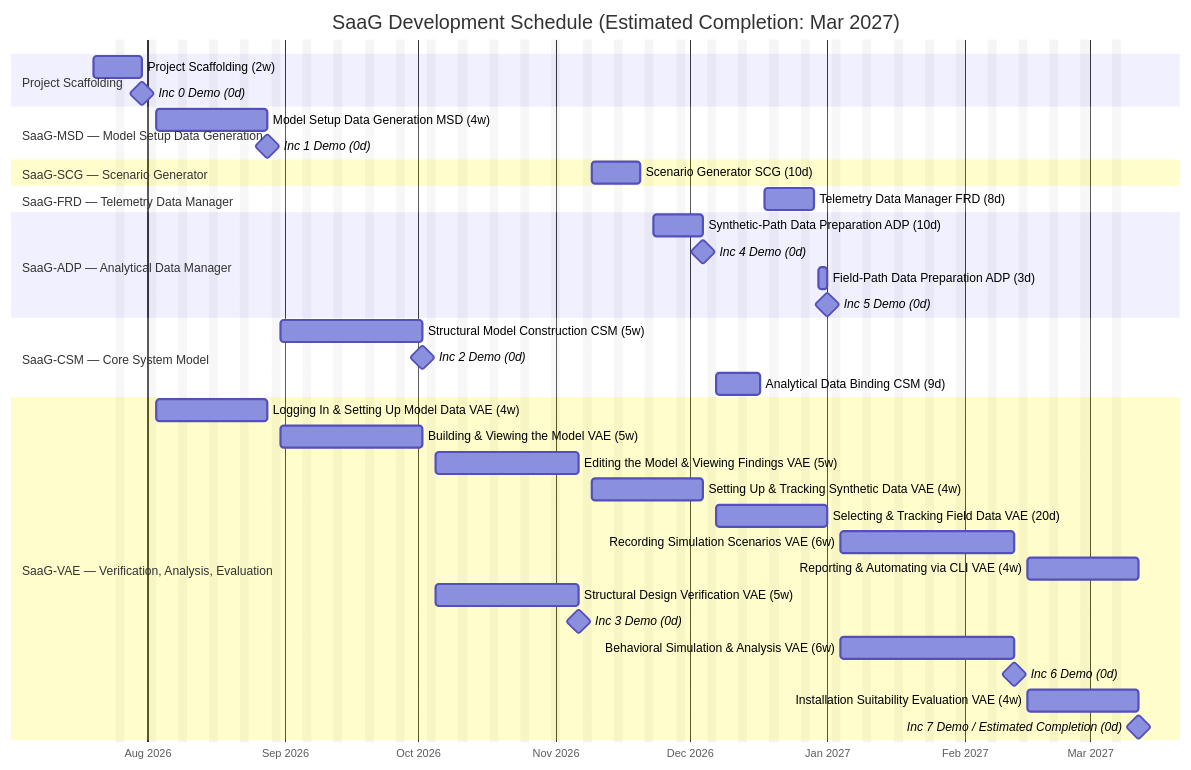
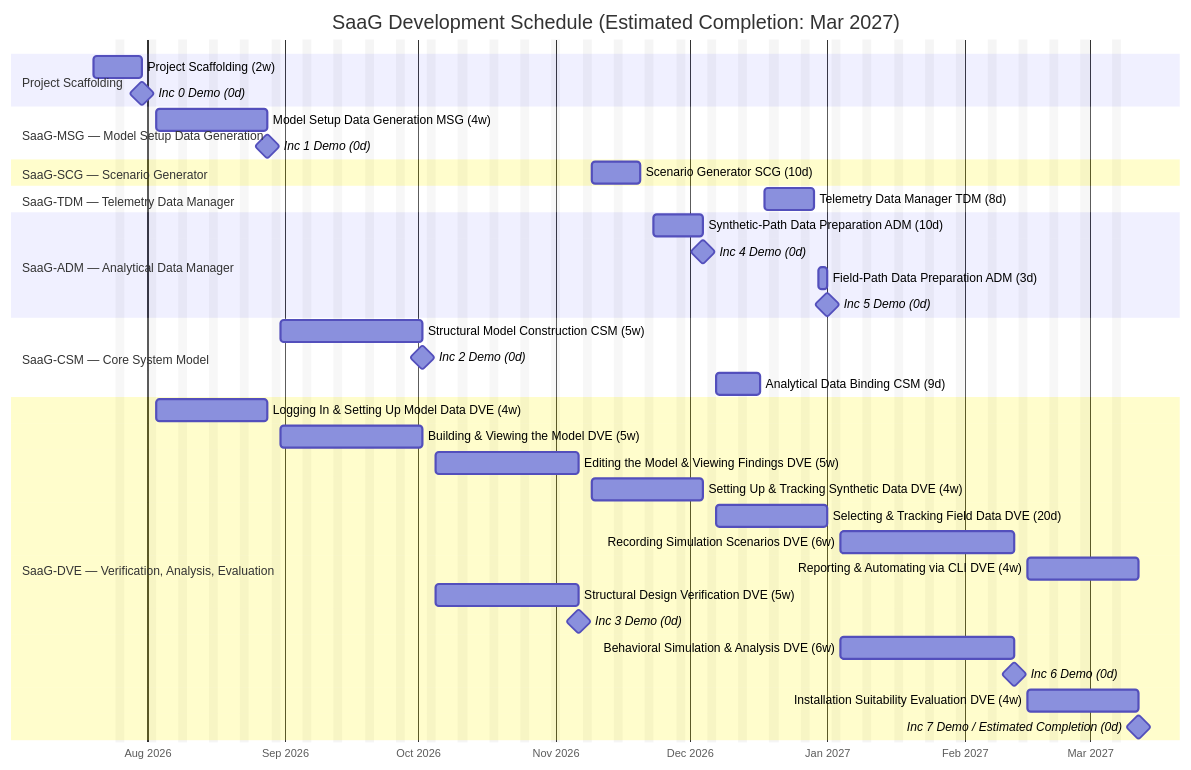
One commit to onuralpyigit/system-as-a-graph changed the diagram in docs/planning/SDP.md. Above: the diagram before and after it, drawn with Mermaid. The commit also changed other lines of this file and 8 other files, not shown here.

````diff
--- a/docs/planning/SDP.md
+++ b/docs/planning/SDP.md
@@ -298,48 +298,48 @@
 ```mermaid
 %%{init: { 'themeVariables': { 'excludeBkgColor': 'rgba(128,128,128,0.08)' } } }%%
 gantt
     title SaaG Development Schedule (Estimated Completion: Mar 2027)
     dateFormat YYYY-MM-DD
     axisFormat %b %Y
     excludes weekends
 
     section Project Scaffolding
     Project Scaffolding (2w)      :scaffold1, 2026-07-20, 2026-07-31
     Inc 0 Demo (0d)               :milestone, demo0, after scaffold1, 0d
 
-    section SaaG-MSD — Model Setup Data Generation
-    Model Setup Data Generation MSD (4w)               :msd, 2026-08-03, 2026-08-28
+    section SaaG-MSG — Model Setup Data Generation
+    Model Setup Data Generation MSG (4w)               :msd, 2026-08-03, 2026-08-28
     Inc 1 Demo (0d)                                    :milestone, demo1, after msd, 0d
 
     section SaaG-SCG — Scenario Generator
     Scenario Generator SCG (10d)                       :scg, 2026-11-09, 2026-11-20
 
-    section SaaG-FRD — Telemetry Data Manager
-    Telemetry Data Manager FRD (8d)                    :frd, 2026-12-18, 2026-12-29
+    section SaaG-TDM — Telemetry Data Manager
+    Telemetry Data Manager TDM (8d)                    :frd, 2026-12-18, 2026-12-29
 
-    section SaaG-ADP — Analytical Data Manager
-    Synthetic-Path Data Preparation ADP (10d)          :adpa, 2026-11-23, 2026-12-04
+    section SaaG-ADM — Analytical Data Manager
+    Synthetic-Path Data Preparation ADM (10d)          :adpa, 2026-11-23, 2026-12-04
     Inc 4 Demo (0d)                                    :milestone, demo4, after adpa, 0d
-    Field-Path Data Preparation ADP (3d)                :adpb, 2026-12-30, 2027-01-01
+    Field-Path Data Preparation ADM (3d)                :adpb, 2026-12-30, 2027-01-01
     Inc 5 Demo (0d)                                    :milestone, demo5, after adpb, 0d
 
     section SaaG-CSM — Core System Model
     Structural Model Construction CSM (5w)             :csm01, 2026-08-31, 2026-10-02
     Inc 2 Demo (0d)                                    :milestone, demo2, after csm01, 0d
     Analytical Data Binding CSM (9d)                   :csm02, 2026-12-07, 2026-12-17
 
-    section SaaG-VAE — Verification, Analysis, Evaluation
-    Logging In & Setting Up Model Data VAE (4w)        :vae01a, 2026-08-03, 2026-08-28
-    Building & Viewing the Model VAE (5w)               :vae01b, 2026-08-31, 2026-10-02
-    Editing the Model & Viewing Findings VAE (5w)       :vae01c, 2026-10-05, 2026-11-06
-    Setting Up & Tracking Synthetic Data VAE (4w) :vae01de, 2026-11-09, 2026-12-04
-    Selecting & Tracking Field Data VAE (20d) :vae01f, 2026-12-07, 2027-01-01
-    Recording Simulation Scenarios VAE (6w)           :vae01g, 2027-01-04, 2027-02-12
-    Reporting & Automating via CLI VAE (4w)             :vae01h, 2027-02-15, 2027-03-12
-    Structural Design Verification VAE (5w)            :vae02, 2026-10-05, 2026-11-06
+    section SaaG-DVE — Verification, Analysis, Evaluation
+    Logging In & Setting Up Model Data DVE (4w)        :vae01a, 2026-08-03, 2026-08-28
+    Building & Viewing the Model DVE (5w)               :vae01b, 2026-08-31, 2026-10-02
+    Editing the Model & Viewing Findings DVE (5w)       :vae01c, 2026-10-05, 2026-11-06
+    Setting Up & Tracking Synthetic Data DVE (4w) :vae01de, 2026-11-09, 2026-12-04
+    Selecting & Tracking Field Data DVE (20d) :vae01f, 2026-12-07, 2027-01-01
+    Recording Simulation Scenarios DVE (6w)           :vae01g, 2027-01-04, 2027-02-12
+    Reporting & Automating via CLI DVE (4w)             :vae01h, 2027-02-15, 2027-03-12
+    Structural Design Verification DVE (5w)            :vae02, 2026-10-05, 2026-11-06
     Inc 3 Demo (0d)                                    :milestone, demo3, after vae02, 0d
-    Behavioral Simulation & Analysis VAE (6w)          :vae03, 2027-01-04, 2027-02-12
+    Behavioral Simulation & Analysis DVE (6w)          :vae03, 2027-01-04, 2027-02-12
     Inc 6 Demo (0d)                                    :milestone, demo6, after vae03, 0d
-    Installation Suitability Evaluation VAE (4w)      :vae04, 2027-02-15, 2027-03-12
+    Installation Suitability Evaluation DVE (4w)      :vae04, 2027-02-15, 2027-03-12
     Inc 7 Demo / Estimated Completion (0d)             :milestone, completion, after vae04, 0d
 ```
````
